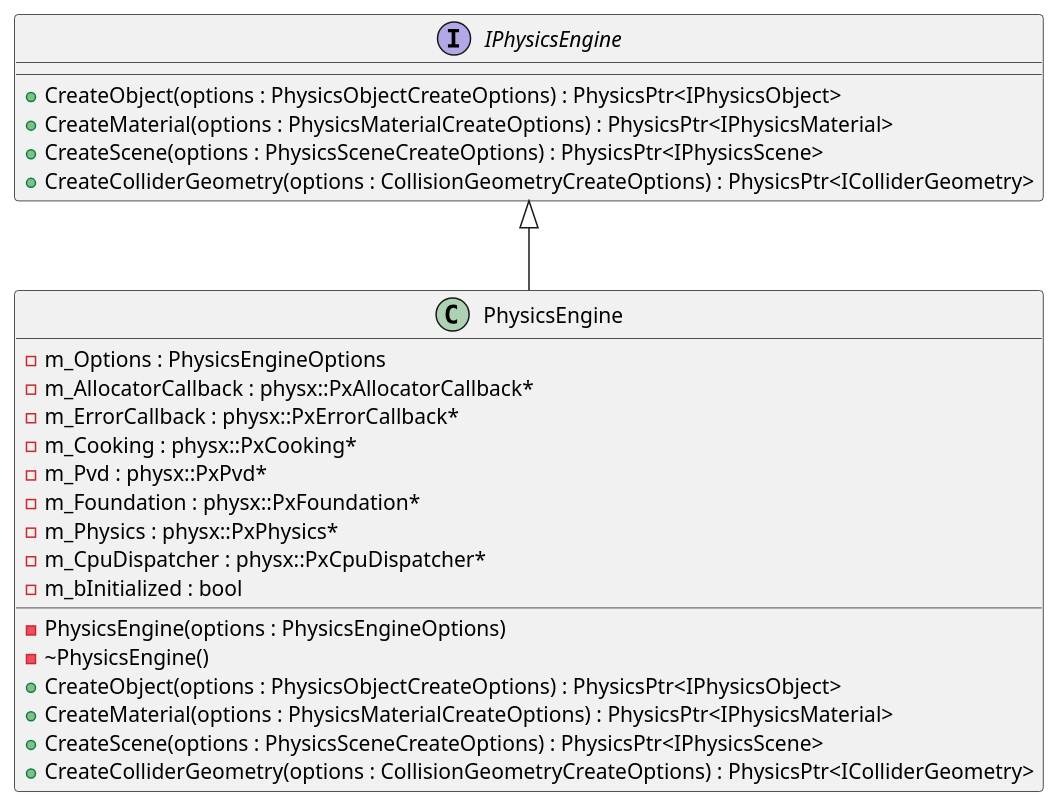
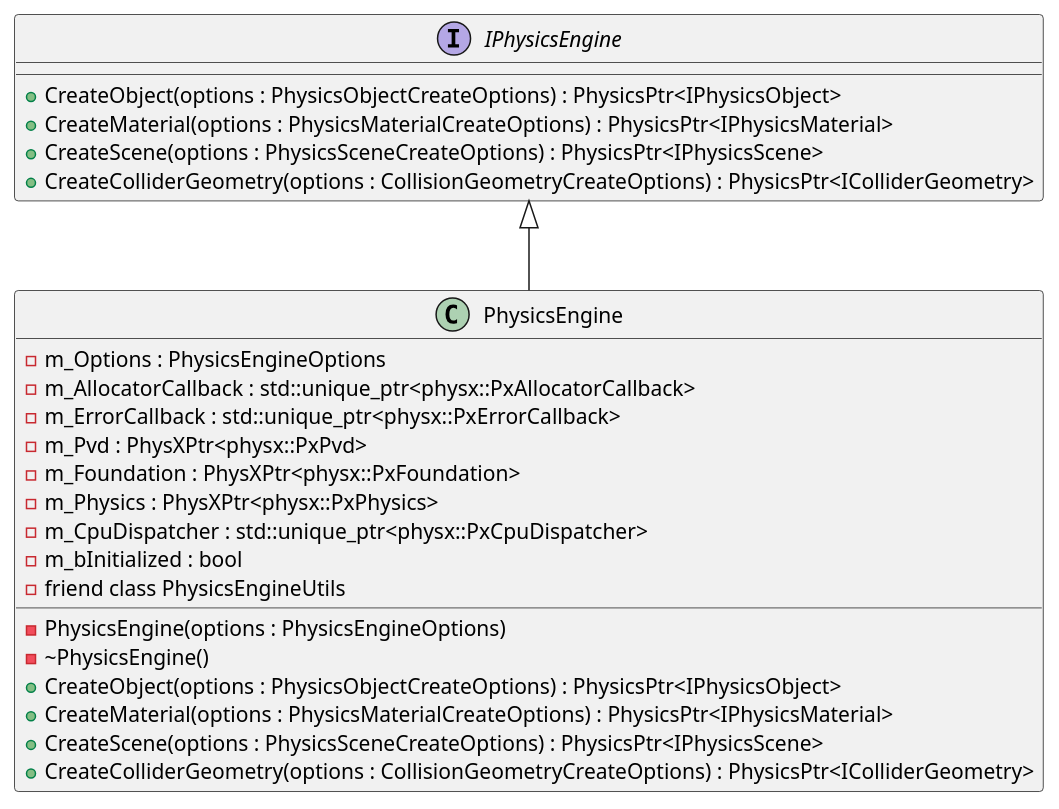
One commit to hgl-pong/PhysXToy changed the first of 7 diagrams in classView.pu. Above: the diagram before and after it, drawn with PlantUML. The commit also changed other lines of this file and 4 other files, not shown here.

```diff
--- a/classView.pu
+++ b/classView.pu
@@ -1,30 +1,30 @@
 @startuml PhysicsEngineDiagram
 
 interface IPhysicsEngine {
   + CreateObject(options : PhysicsObjectCreateOptions) : PhysicsPtr<IPhysicsObject>
   + CreateMaterial(options : PhysicsMaterialCreateOptions) : PhysicsPtr<IPhysicsMaterial>
   + CreateScene(options : PhysicsSceneCreateOptions) : PhysicsPtr<IPhysicsScene>
   + CreateColliderGeometry(options : CollisionGeometryCreateOptions) : PhysicsPtr<IColliderGeometry>
 }
 
 class PhysicsEngine {
   - PhysicsEngine(options : PhysicsEngineOptions)
   - ~PhysicsEngine()
   + CreateObject(options : PhysicsObjectCreateOptions) : PhysicsPtr<IPhysicsObject>
   + CreateMaterial(options : PhysicsMaterialCreateOptions) : PhysicsPtr<IPhysicsMaterial>
   + CreateScene(options : PhysicsSceneCreateOptions) : PhysicsPtr<IPhysicsScene>
   + CreateColliderGeometry(options : CollisionGeometryCreateOptions) : PhysicsPtr<IColliderGeometry>
   - m_Options : PhysicsEngineOptions
-  - m_AllocatorCallback : physx::PxAllocatorCallback*
-  - m_ErrorCallback : physx::PxErrorCallback*
-  - m_Cooking : physx::PxCooking*
-  - m_Pvd : physx::PxPvd*
-  - m_Foundation : physx::PxFoundation*
-  - m_Physics : physx::PxPhysics*
-  - m_CpuDispatcher : physx::PxCpuDispatcher*
+  - m_AllocatorCallback : std::unique_ptr<physx::PxAllocatorCallback>
+  - m_ErrorCallback : std::unique_ptr<physx::PxErrorCallback>
+  - m_Pvd : PhysXPtr<physx::PxPvd>
+  - m_Foundation : PhysXPtr<physx::PxFoundation>
+  - m_Physics : PhysXPtr<physx::PxPhysics>
+  - m_CpuDispatcher : std::unique_ptr<physx::PxCpuDispatcher>
   - m_bInitialized : bool
+  - friend class PhysicsEngineUtils
 }
 
 IPhysicsEngine <|-- PhysicsEngine
 
 @enduml
```
